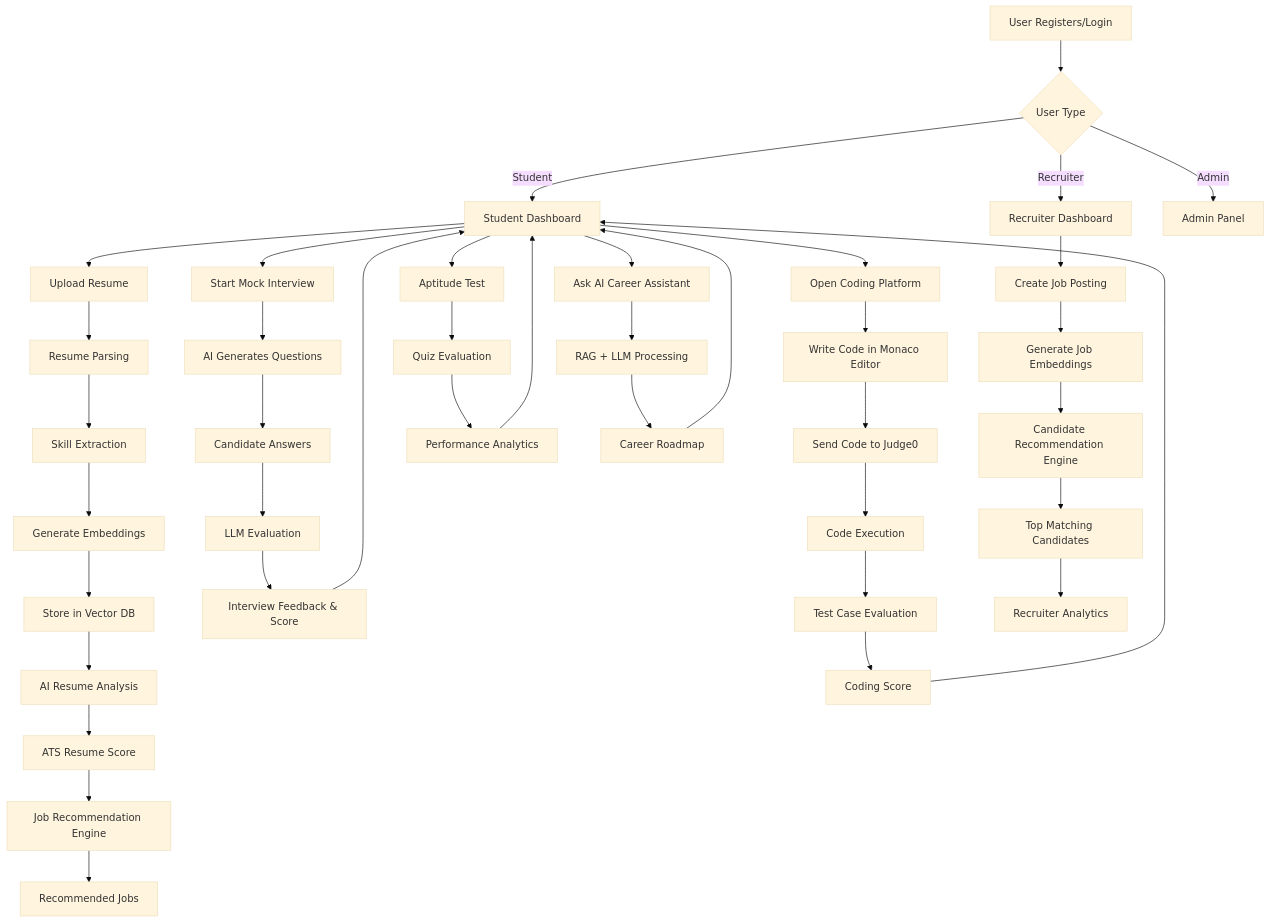
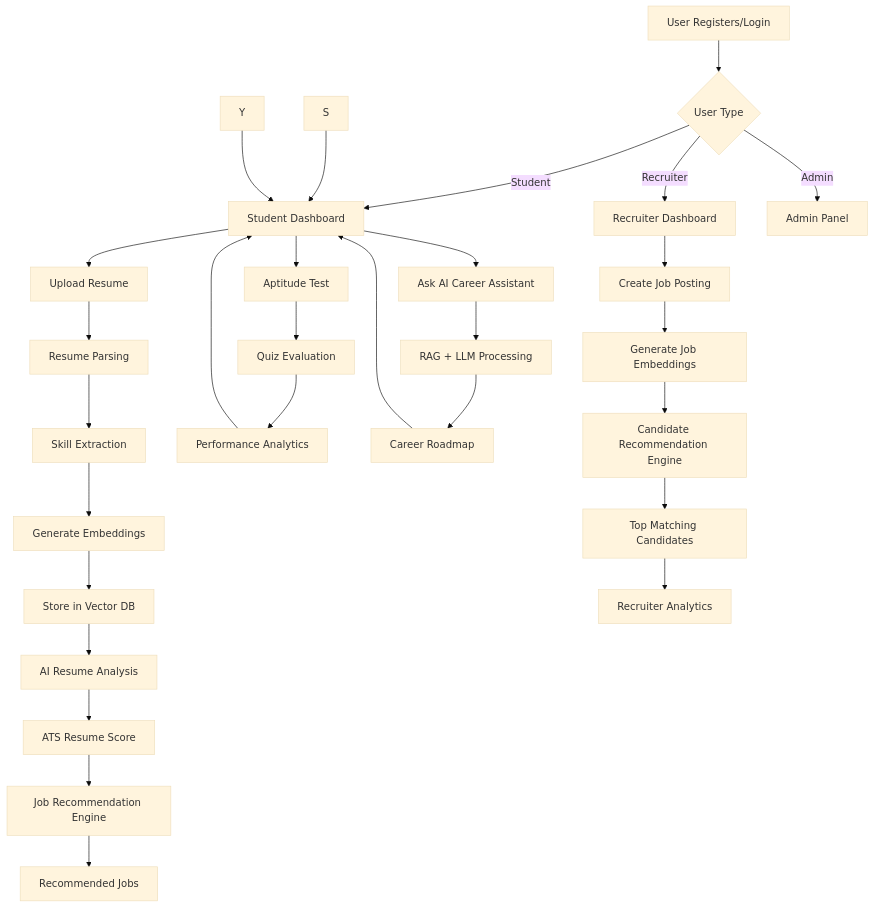
One commit to rishusinha26/ResumeIQ changed the third of 7 diagrams in README.md. Above: the diagram before and after it, drawn with Mermaid (base theme).

````diff
--- a/README.md
+++ b/README.md
@@ -282,70 +282,54 @@
 ```mermaid
 flowchart TD
 
     A[User Registers/Login] --> B{User Type}
 
     B -->|Student| C[Student Dashboard]
     B -->|Recruiter| D[Recruiter Dashboard]
     B -->|Admin| E[Admin Panel]
 
     %% STUDENT FLOW
 
     C --> F[Upload Resume]
 
     F --> G[Resume Parsing]
     G --> H[Skill Extraction]
     H --> I[Generate Embeddings]
     I --> J[Store in Vector DB]
 
     J --> K[AI Resume Analysis]
     K --> L[ATS Resume Score]
 
     L --> M[Job Recommendation Engine]
     M --> N[Recommended Jobs]
 
-    %% MOCK INTERVIEW FLOW
-
-    C --> O[Start Mock Interview]
-    O --> P[AI Generates Questions]
-    P --> Q[Candidate Answers]
-    Q --> R[LLM Evaluation]
-    R --> S[Interview Feedback & Score]
-
-    %% CODING FLOW
-
-    C --> T[Open Coding Platform]
-    T --> U[Write Code in Monaco Editor]
-    U --> V[Send Code to Judge0]
-    V --> W[Code Execution]
-    W --> X[Test Case Evaluation]
-    X --> Y[Coding Score]
 
     %% APTITUDE FLOW
 
     C --> Z[Aptitude Test]
     Z --> A1[Quiz Evaluation]
     A1 --> A2[Performance Analytics]
 
     %% CAREER AI FLOW
 
     C --> A3[Ask AI Career Assistant]
     A3 --> A4[RAG + LLM Processing]
     A4 --> A5[Career Roadmap]
 
     %% RECRUITER FLOW
 
     D --> B1[Create Job Posting]
     B1 --> B2[Generate Job Embeddings]
 
     B2 --> B3[Candidate Recommendation Engine]
     B3 --> B4[Top Matching Candidates]
 
     B4 --> B5[Recruiter Analytics]
 
     %% FINAL
 
     S --> C
     Y --> C
     A2 --> C
     A5 --> C
 ```
````
